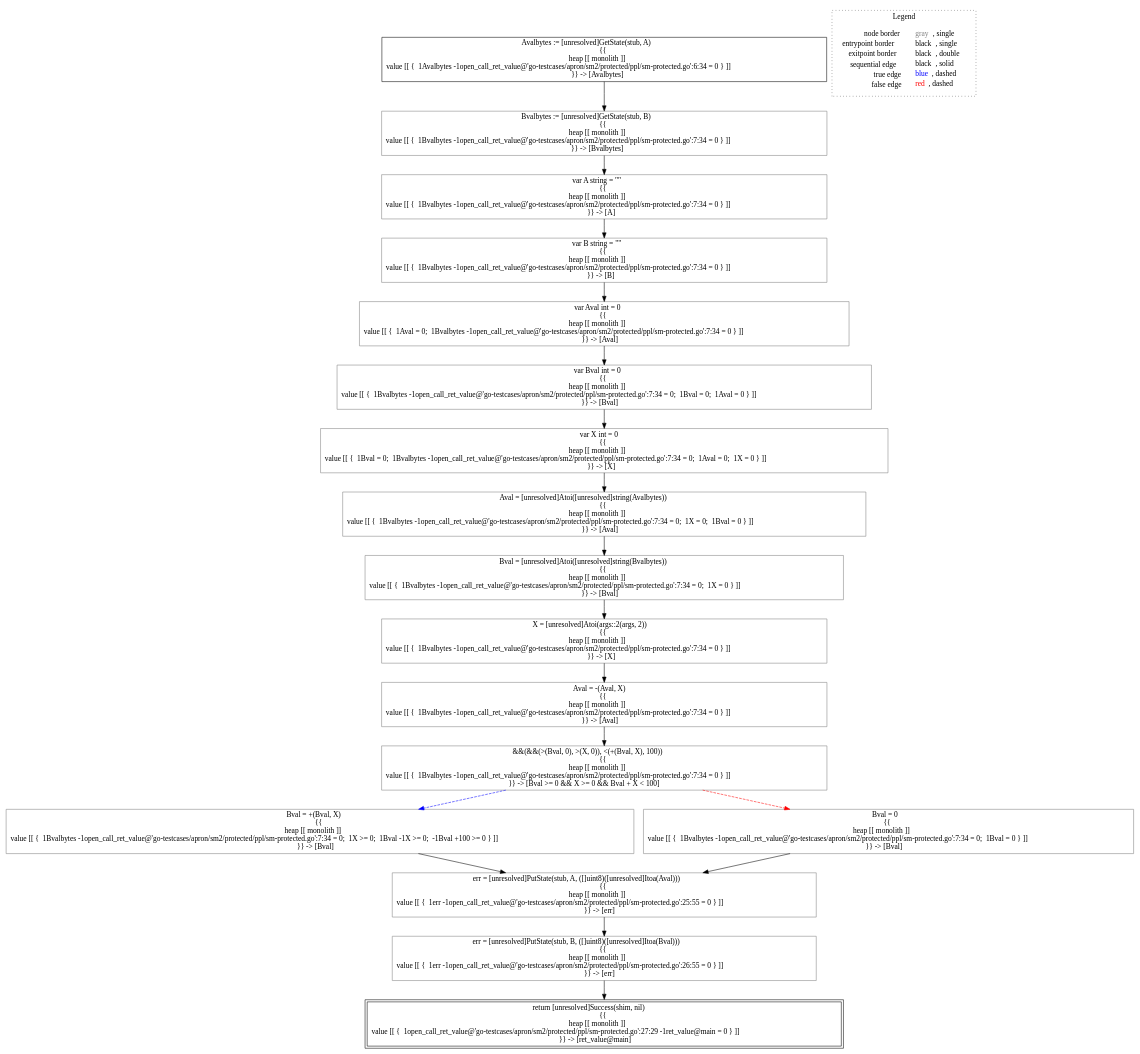
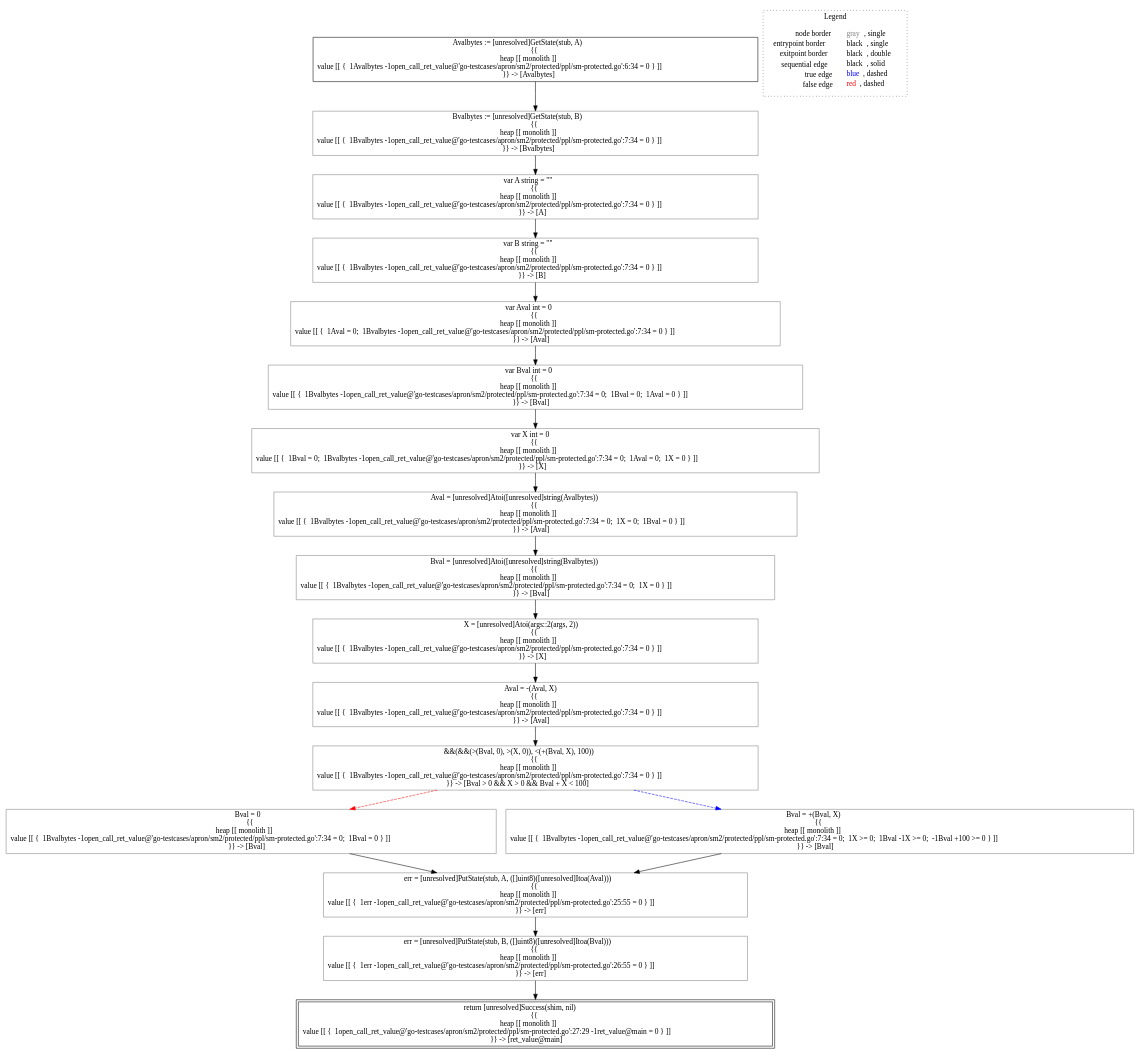
Before and after one commit to lisa-analyzer/go-lisa: the diagram in go-lisa/go-testcases/apron/sm2/protected/ppl/analysis___pb.Response_~LiSAProgram.main(shim.ChaincodeStubInterface_stub,_[]string_args).dot, drawn with Graphviz. The commit also changed 9 other files, not shown here.

```diff
--- a/go-lisa/go-testcases/apron/sm2/protected/ppl/analysis___pb.Response_~LiSAProgram.main(shim.ChaincodeStubInterface_stub,_[]string_args).dot
+++ b/go-lisa/go-testcases/apron/sm2/protected/ppl/analysis___pb.Response_~LiSAProgram.main(shim.ChaincodeStubInterface_stub,_[]string_args).dot
@@ -1,43 +1,43 @@
 digraph {
 	"node0" [shape="rect",color="black",label=<Avalbytes := [unresolved]GetState(stub, A)<BR/>{{<BR/>heap [[ monolith ]]<BR/>value [[ {  1Avalbytes -1open_call_ret_value@'go-testcases/apron/sm2/protected/ppl/sm-protected.go':6:34 = 0 } ]]<BR/>}} -&gt; [Avalbytes]>];
-	"node1" [shape="rect",color="black",peripheries="2",label=<return [unresolved]Success(shim, nil)<BR/>{{<BR/>heap [[ monolith ]]<BR/>value [[ {  1open_call_ret_value@'go-testcases/apron/sm2/protected/ppl/sm-protected.go':27:29 -1ret_value@main = 0 } ]]<BR/>}} -&gt; [ret_value@main]>];
-	"node2" [shape="rect",color="gray",label=<var Bval int = 0<BR/>{{<BR/>heap [[ monolith ]]<BR/>value [[ {  1Bvalbytes -1open_call_ret_value@'go-testcases/apron/sm2/protected/ppl/sm-protected.go':7:34 = 0;  1Bval = 0;  1Aval = 0 } ]]<BR/>}} -&gt; [Bval]>];
+	"node1" [shape="rect",color="gray",label=<Bval = 0<BR/>{{<BR/>heap [[ monolith ]]<BR/>value [[ {  1Bvalbytes -1open_call_ret_value@'go-testcases/apron/sm2/protected/ppl/sm-protected.go':7:34 = 0;  1Bval = 0 } ]]<BR/>}} -&gt; [Bval]>];
+	"node2" [shape="rect",color="gray",label=<X = [unresolved]Atoi(args::2(args, 2))<BR/>{{<BR/>heap [[ monolith ]]<BR/>value [[ {  1Bvalbytes -1open_call_ret_value@'go-testcases/apron/sm2/protected/ppl/sm-protected.go':7:34 = 0 } ]]<BR/>}} -&gt; [X]>];
 	"node3" [shape="rect",color="gray",label=<Bvalbytes := [unresolved]GetState(stub, B)<BR/>{{<BR/>heap [[ monolith ]]<BR/>value [[ {  1Bvalbytes -1open_call_ret_value@'go-testcases/apron/sm2/protected/ppl/sm-protected.go':7:34 = 0 } ]]<BR/>}} -&gt; [Bvalbytes]>];
-	"node4" [shape="rect",color="gray",label=<Aval = -(Aval, X)<BR/>{{<BR/>heap [[ monolith ]]<BR/>value [[ {  1Bvalbytes -1open_call_ret_value@'go-testcases/apron/sm2/protected/ppl/sm-protected.go':7:34 = 0 } ]]<BR/>}} -&gt; [Aval]>];
-	"node5" [shape="rect",color="gray",label=<var X int = 0<BR/>{{<BR/>heap [[ monolith ]]<BR/>value [[ {  1Bval = 0;  1Bvalbytes -1open_call_ret_value@'go-testcases/apron/sm2/protected/ppl/sm-protected.go':7:34 = 0;  1Aval = 0;  1X = 0 } ]]<BR/>}} -&gt; [X]>];
-	"node6" [shape="rect",color="gray",label=<err = [unresolved]PutState(stub, B, ([]uint8)([unresolved]Itoa(Bval)))<BR/>{{<BR/>heap [[ monolith ]]<BR/>value [[ {  1err -1open_call_ret_value@'go-testcases/apron/sm2/protected/ppl/sm-protected.go':26:55 = 0 } ]]<BR/>}} -&gt; [err]>];
-	"node7" [shape="rect",color="gray",label=<err = [unresolved]PutState(stub, A, ([]uint8)([unresolved]Itoa(Aval)))<BR/>{{<BR/>heap [[ monolith ]]<BR/>value [[ {  1err -1open_call_ret_value@'go-testcases/apron/sm2/protected/ppl/sm-protected.go':25:55 = 0 } ]]<BR/>}} -&gt; [err]>];
-	"node8" [shape="rect",color="gray",label=<Aval = [unresolved]Atoi([unresolved]string(Avalbytes))<BR/>{{<BR/>heap [[ monolith ]]<BR/>value [[ {  1Bvalbytes -1open_call_ret_value@'go-testcases/apron/sm2/protected/ppl/sm-protected.go':7:34 = 0;  1X = 0;  1Bval = 0 } ]]<BR/>}} -&gt; [Aval]>];
-	"node9" [shape="rect",color="gray",label=<Bval = +(Bval, X)<BR/>{{<BR/>heap [[ monolith ]]<BR/>value [[ {  1Bvalbytes -1open_call_ret_value@'go-testcases/apron/sm2/protected/ppl/sm-protected.go':7:34 = 0;  1X &gt;= 0;  1Bval -1X &gt;= 0;  -1Bval +100 &gt;= 0 } ]]<BR/>}} -&gt; [Bval]>];
-	"node10" [shape="rect",color="gray",label=<&amp;&amp;(&amp;&amp;(&gt;(Bval, 0), &gt;(X, 0)), &lt;(+(Bval, X), 100))<BR/>{{<BR/>heap [[ monolith ]]<BR/>value [[ {  1Bvalbytes -1open_call_ret_value@'go-testcases/apron/sm2/protected/ppl/sm-protected.go':7:34 = 0 } ]]<BR/>}} -&gt; [Bval &gt;= 0 &amp;&amp; X &gt;= 0 &amp;&amp; Bval + X &lt; 100]>];
-	"node11" [shape="rect",color="gray",label=<X = [unresolved]Atoi(args::2(args, 2))<BR/>{{<BR/>heap [[ monolith ]]<BR/>value [[ {  1Bvalbytes -1open_call_ret_value@'go-testcases/apron/sm2/protected/ppl/sm-protected.go':7:34 = 0 } ]]<BR/>}} -&gt; [X]>];
-	"node12" [shape="rect",color="gray",label=<Bval = [unresolved]Atoi([unresolved]string(Bvalbytes))<BR/>{{<BR/>heap [[ monolith ]]<BR/>value [[ {  1Bvalbytes -1open_call_ret_value@'go-testcases/apron/sm2/protected/ppl/sm-protected.go':7:34 = 0;  1X = 0 } ]]<BR/>}} -&gt; [Bval]>];
-	"node13" [shape="rect",color="gray",label=<var A string = &quot;&quot;<BR/>{{<BR/>heap [[ monolith ]]<BR/>value [[ {  1Bvalbytes -1open_call_ret_value@'go-testcases/apron/sm2/protected/ppl/sm-protected.go':7:34 = 0 } ]]<BR/>}} -&gt; [A]>];
+	"node4" [shape="rect",color="gray",label=<var Bval int = 0<BR/>{{<BR/>heap [[ monolith ]]<BR/>value [[ {  1Bvalbytes -1open_call_ret_value@'go-testcases/apron/sm2/protected/ppl/sm-protected.go':7:34 = 0;  1Bval = 0;  1Aval = 0 } ]]<BR/>}} -&gt; [Bval]>];
+	"node5" [shape="rect",color="black",peripheries="2",label=<return [unresolved]Success(shim, nil)<BR/>{{<BR/>heap [[ monolith ]]<BR/>value [[ {  1open_call_ret_value@'go-testcases/apron/sm2/protected/ppl/sm-protected.go':27:29 -1ret_value@main = 0 } ]]<BR/>}} -&gt; [ret_value@main]>];
+	"node6" [shape="rect",color="gray",label=<&amp;&amp;(&amp;&amp;(&gt;(Bval, 0), &gt;(X, 0)), &lt;(+(Bval, X), 100))<BR/>{{<BR/>heap [[ monolith ]]<BR/>value [[ {  1Bvalbytes -1open_call_ret_value@'go-testcases/apron/sm2/protected/ppl/sm-protected.go':7:34 = 0 } ]]<BR/>}} -&gt; [Bval &gt; 0 &amp;&amp; X &gt; 0 &amp;&amp; Bval + X &lt; 100]>];
+	"node7" [shape="rect",color="gray",label=<var X int = 0<BR/>{{<BR/>heap [[ monolith ]]<BR/>value [[ {  1Bval = 0;  1Bvalbytes -1open_call_ret_value@'go-testcases/apron/sm2/protected/ppl/sm-protected.go':7:34 = 0;  1Aval = 0;  1X = 0 } ]]<BR/>}} -&gt; [X]>];
+	"node8" [shape="rect",color="gray",label=<err = [unresolved]PutState(stub, A, ([]uint8)([unresolved]Itoa(Aval)))<BR/>{{<BR/>heap [[ monolith ]]<BR/>value [[ {  1err -1open_call_ret_value@'go-testcases/apron/sm2/protected/ppl/sm-protected.go':25:55 = 0 } ]]<BR/>}} -&gt; [err]>];
+	"node9" [shape="rect",color="gray",label=<var B string = &quot;&quot;<BR/>{{<BR/>heap [[ monolith ]]<BR/>value [[ {  1Bvalbytes -1open_call_ret_value@'go-testcases/apron/sm2/protected/ppl/sm-protected.go':7:34 = 0 } ]]<BR/>}} -&gt; [B]>];
+	"node10" [shape="rect",color="gray",label=<err = [unresolved]PutState(stub, B, ([]uint8)([unresolved]Itoa(Bval)))<BR/>{{<BR/>heap [[ monolith ]]<BR/>value [[ {  1err -1open_call_ret_value@'go-testcases/apron/sm2/protected/ppl/sm-protected.go':26:55 = 0 } ]]<BR/>}} -&gt; [err]>];
+	"node11" [shape="rect",color="gray",label=<Aval = -(Aval, X)<BR/>{{<BR/>heap [[ monolith ]]<BR/>value [[ {  1Bvalbytes -1open_call_ret_value@'go-testcases/apron/sm2/protected/ppl/sm-protected.go':7:34 = 0 } ]]<BR/>}} -&gt; [Aval]>];
+	"node12" [shape="rect",color="gray",label=<var A string = &quot;&quot;<BR/>{{<BR/>heap [[ monolith ]]<BR/>value [[ {  1Bvalbytes -1open_call_ret_value@'go-testcases/apron/sm2/protected/ppl/sm-protected.go':7:34 = 0 } ]]<BR/>}} -&gt; [A]>];
+	"node13" [shape="rect",color="gray",label=<Aval = [unresolved]Atoi([unresolved]string(Avalbytes))<BR/>{{<BR/>heap [[ monolith ]]<BR/>value [[ {  1Bvalbytes -1open_call_ret_value@'go-testcases/apron/sm2/protected/ppl/sm-protected.go':7:34 = 0;  1X = 0;  1Bval = 0 } ]]<BR/>}} -&gt; [Aval]>];
 	"node14" [shape="rect",color="gray",label=<var Aval int = 0<BR/>{{<BR/>heap [[ monolith ]]<BR/>value [[ {  1Aval = 0;  1Bvalbytes -1open_call_ret_value@'go-testcases/apron/sm2/protected/ppl/sm-protected.go':7:34 = 0 } ]]<BR/>}} -&gt; [Aval]>];
-	"node15" [shape="rect",color="gray",label=<Bval = 0<BR/>{{<BR/>heap [[ monolith ]]<BR/>value [[ {  1Bvalbytes -1open_call_ret_value@'go-testcases/apron/sm2/protected/ppl/sm-protected.go':7:34 = 0;  1Bval = 0 } ]]<BR/>}} -&gt; [Bval]>];
-	"node16" [shape="rect",color="gray",label=<var B string = &quot;&quot;<BR/>{{<BR/>heap [[ monolith ]]<BR/>value [[ {  1Bvalbytes -1open_call_ret_value@'go-testcases/apron/sm2/protected/ppl/sm-protected.go':7:34 = 0 } ]]<BR/>}} -&gt; [B]>];
-	"node2" -> "node5" [color="black"];
-	"node3" -> "node13" [color="black"];
-	"node4" -> "node10" [color="black"];
-	"node5" -> "node8" [color="black"];
-	"node6" -> "node1" [color="black"];
-	"node7" -> "node6" [color="black"];
-	"node8" -> "node12" [color="black"];
-	"node9" -> "node7" [color="black"];
+	"node15" [shape="rect",color="gray",label=<Bval = +(Bval, X)<BR/>{{<BR/>heap [[ monolith ]]<BR/>value [[ {  1Bvalbytes -1open_call_ret_value@'go-testcases/apron/sm2/protected/ppl/sm-protected.go':7:34 = 0;  1X &gt;= 0;  1Bval -1X &gt;= 0;  -1Bval +100 &gt;= 0 } ]]<BR/>}} -&gt; [Bval]>];
+	"node16" [shape="rect",color="gray",label=<Bval = [unresolved]Atoi([unresolved]string(Bvalbytes))<BR/>{{<BR/>heap [[ monolith ]]<BR/>value [[ {  1Bvalbytes -1open_call_ret_value@'go-testcases/apron/sm2/protected/ppl/sm-protected.go':7:34 = 0;  1X = 0 } ]]<BR/>}} -&gt; [Bval]>];
+	"node1" -> "node8" [color="black"];
+	"node2" -> "node11" [color="black"];
+	"node3" -> "node12" [color="black"];
+	"node4" -> "node7" [color="black"];
+	"node6" -> "node1" [color="red",style="dashed"];
+	"node6" -> "node15" [color="blue",style="dashed"];
+	"node7" -> "node13" [color="black"];
+	"node8" -> "node10" [color="black"];
+	"node9" -> "node14" [color="black"];
+	"node10" -> "node5" [color="black"];
+	"node11" -> "node6" [color="black"];
+	"node12" -> "node9" [color="black"];
+	"node13" -> "node16" [color="black"];
 	"node0" -> "node3" [color="black"];
-	"node10" -> "node9" [color="blue",style="dashed"];
-	"node10" -> "node15" [color="red",style="dashed"];
-	"node11" -> "node4" [color="black"];
-	"node12" -> "node11" [color="black"];
-	"node13" -> "node16" [color="black"];
-	"node14" -> "node2" [color="black"];
-	"node15" -> "node7" [color="black"];
-	"node16" -> "node14" [color="black"];
+	"node14" -> "node4" [color="black"];
+	"node15" -> "node8" [color="black"];
+	"node16" -> "node2" [color="black"];
 subgraph cluster_legend {
 	label="Legend";
 	style=dotted;
 	node [shape=plaintext];
 	"legend" [label=<<table border="0" cellpadding="2" cellspacing="0" cellborder="0"><tr><td align="right">node border&nbsp;</td><td align="left"><font color="gray">gray</font>, single</td></tr><tr><td align="right">entrypoint border&nbsp;</td><td align="left"><font color="black">black</font>, single</td></tr><tr><td align="right">exitpoint border&nbsp;</td><td align="left"><font color="black">black</font>, double</td></tr><tr><td align="right">sequential edge&nbsp;</td><td align="left"><font color="black">black</font>, solid</td></tr><tr><td align="right">true edge&nbsp;</td><td align="left"><font color="blue">blue</font>, dashed</td></tr><tr><td align="right">false edge&nbsp;</td><td align="left"><font color="red">red</font>, dashed</td></tr></table>>];
 }
 
 }
```
